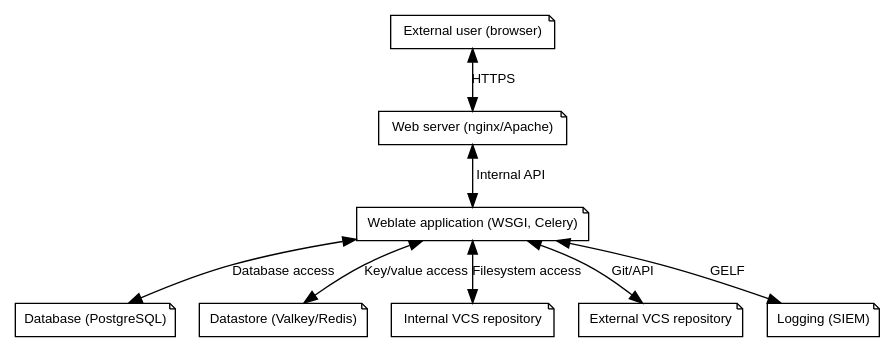
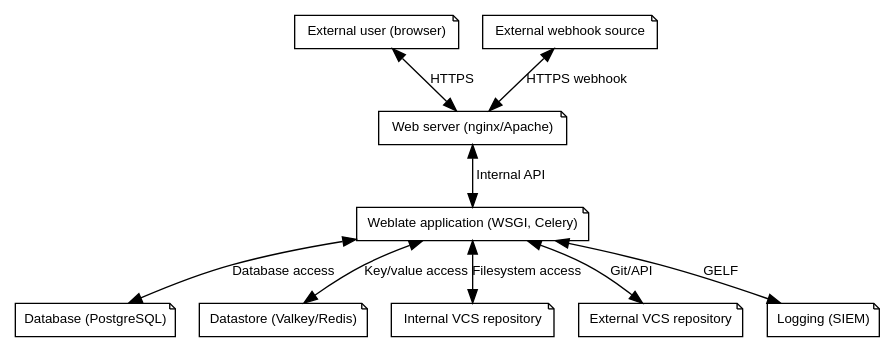
One commit to WeblateOrg/weblate changed the diagram in docs/security/threat-model.rst. Above: the diagram before and after it, drawn with Graphviz. The commit also changed other lines of this file and 2 other files, not shown here.

```diff
--- a/docs/security/threat-model.rst
+++ b/docs/security/threat-model.rst
@@ -25,15 +32,16 @@
 .. graphviz::
 
    digraph translations {
       graph [fontname = "sans-serif", fontsize=10];
       node [fontname = "sans-serif", fontsize=10, margin=0.1, height=0, style=filled, fillcolor=white, shape=note];
       edge [fontname = "sans-serif", fontsize=10, dir=both];
 
       "External user (browser)" -> "Web server (nginx/Apache)" [label="HTTPS"];
+      "External webhook source" -> "Web server (nginx/Apache)" [label="HTTPS webhook"];
       "Web server (nginx/Apache)" -> "Weblate application (WSGI, Celery)" [label="Internal API"];
       "Weblate application (WSGI, Celery)" -> "Database (PostgreSQL)" [label="Database access"];
       "Weblate application (WSGI, Celery)" -> "Datastore (Valkey/Redis)" [label="Key/value access"];
       "Weblate application (WSGI, Celery)" -> "Internal VCS repository" [label="Filesystem access"];
       "Weblate application (WSGI, Celery)" -> "External VCS repository" [label="Git/API"];
       "Weblate application (WSGI, Celery)" -> "Logging (SIEM)" [label="GELF"];
    }
```
